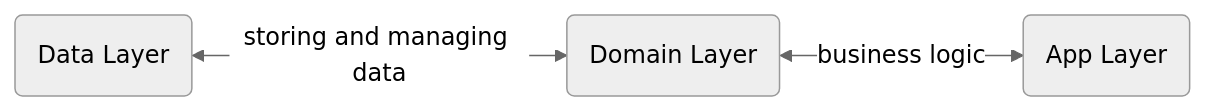
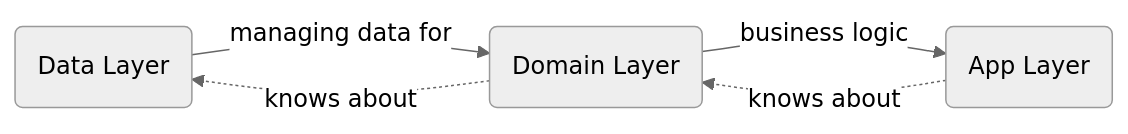
One commit to rzmn/verni changed the first of 4 diagrams in README.md. Above: the diagram before and after it, drawn with Mermaid (neutral theme). The commit also changed other lines of this file, not shown here.

````diff
--- a/README.md
+++ b/README.md
@@ -8,5 +7,7 @@
 ```mermaid
 graph LR
-    DataLayer(Data Layer) <-- storing and managing data --> DomainLayer(Domain Layer)
-    DomainLayer(Domain Layer) <-- business logic --> PresentationLayer(App Layer)
+    DataLayer(Data Layer) -- managing data for --> DomainLayer(Domain Layer)
+    DomainLayer(Domain Layer)-. knows about .-> DataLayer(Data Layer)
+    DomainLayer(Domain Layer) -- business logic --> PresentationLayer(App Layer)
+    PresentationLayer(App Layer)-. knows about .-> DomainLayer(Domain Layer)
 ```
````
